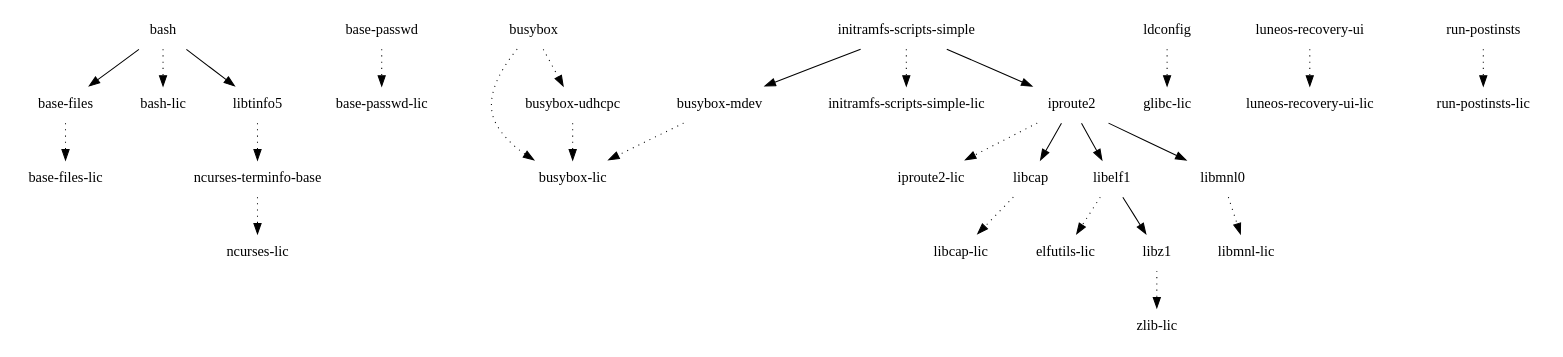
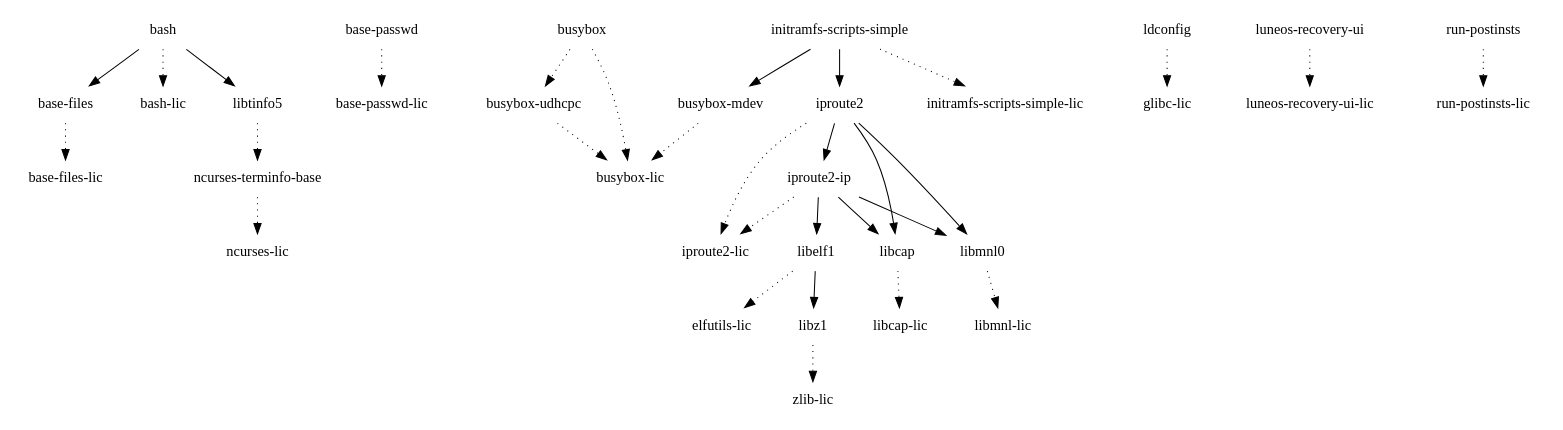
The diagram in images/pinephone/glibc/initramfs-uboot-image/depends-nokernel-nolibc-noupdate.dot (webOS-ports/buildhistory), drawn with Graphviz before and after one commit. The commit also changed 1985 other files, not shown here.

```diff
--- a/images/pinephone/glibc/initramfs-uboot-image/depends-nokernel-nolibc-noupdate.dot
+++ b/images/pinephone/glibc/initramfs-uboot-image/depends-nokernel-nolibc-noupdate.dot
@@ -1,29 +1,33 @@
 digraph depends {
     node [shape=plaintext]
 "base-files" -> "base-files-lic" [style=dotted]
 "base-passwd" -> "base-passwd-lic" [style=dotted]
 "bash" -> "base-files"
 "bash" -> "bash-lic" [style=dotted]
 "bash" -> "libtinfo5"
 "busybox" -> "busybox-lic" [style=dotted]
 "busybox" -> "busybox-udhcpc" [style=dotted]
 "busybox-mdev" -> "busybox-lic" [style=dotted]
 "busybox-udhcpc" -> "busybox-lic" [style=dotted]
 "initramfs-scripts-simple" -> "busybox-mdev"
 "initramfs-scripts-simple" -> "initramfs-scripts-simple-lic" [style=dotted]
 "initramfs-scripts-simple" -> "iproute2"
+"iproute2-ip" -> "iproute2-lic" [style=dotted]
+"iproute2-ip" -> "libcap"
+"iproute2-ip" -> "libelf1"
+"iproute2-ip" -> "libmnl0"
+"iproute2" -> "iproute2-ip"
 "iproute2" -> "iproute2-lic" [style=dotted]
 "iproute2" -> "libcap"
-"iproute2" -> "libelf1"
 "iproute2" -> "libmnl0"
 "ldconfig" -> "glibc-lic" [style=dotted]
 "libcap" -> "libcap-lic" [style=dotted]
 "libelf1" -> "elfutils-lic" [style=dotted]
 "libelf1" -> "libz1"
 "libmnl0" -> "libmnl-lic" [style=dotted]
 "libtinfo5" -> "ncurses-terminfo-base" [style=dotted]
 "libz1" -> "zlib-lic" [style=dotted]
 "luneos-recovery-ui" -> "luneos-recovery-ui-lic" [style=dotted]
 "ncurses-terminfo-base" -> "ncurses-lic" [style=dotted]
 "run-postinsts" -> "run-postinsts-lic" [style=dotted]
 }
```
